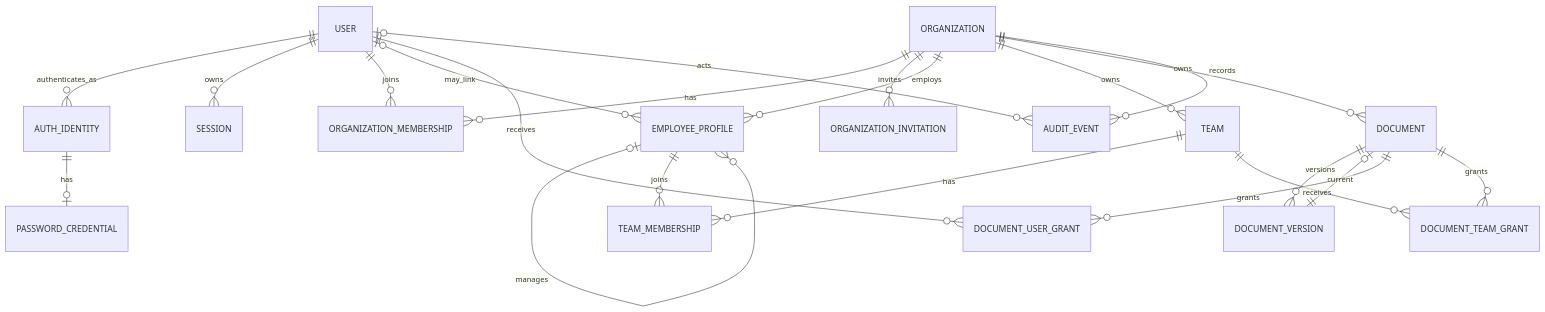
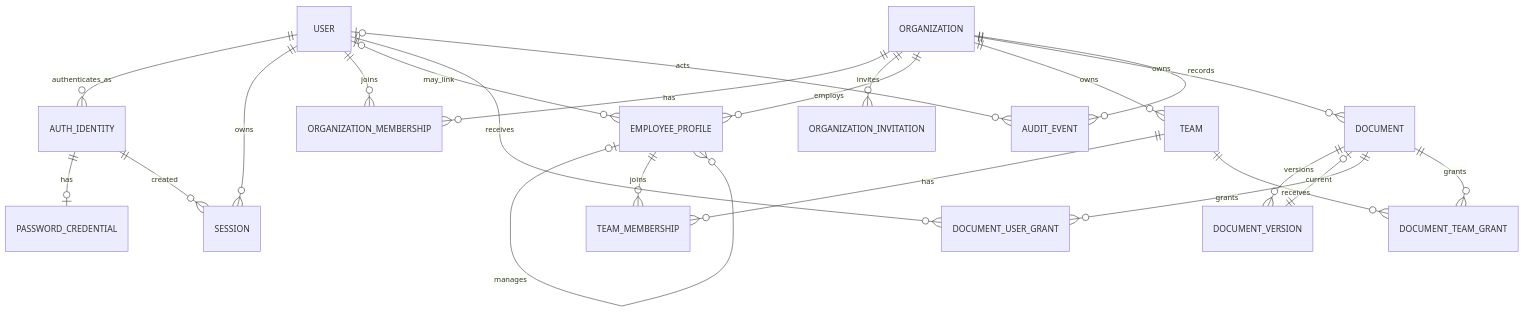
Before and after one commit to mad-futurist/readyset_platform: the diagram in docs/architecture/DATABASE.md, drawn with Mermaid. The commit also changed other lines of this file and 59 other files, not shown here.

Commit message:
fix: email auth, front typecheck, front tests, session

````diff
--- a/docs/architecture/DATABASE.md
+++ b/docs/architecture/DATABASE.md
@@ -13,24 +13,25 @@
 ```mermaid
 erDiagram
   USER ||--o{ AUTH_IDENTITY : authenticates_as
   AUTH_IDENTITY ||--o| PASSWORD_CREDENTIAL : has
   USER ||--o{ SESSION : owns
+  AUTH_IDENTITY ||--o{ SESSION : created
   USER ||--o{ ORGANIZATION_MEMBERSHIP : joins
   ORGANIZATION ||--o{ ORGANIZATION_MEMBERSHIP : has
   ORGANIZATION ||--o{ ORGANIZATION_INVITATION : invites
   ORGANIZATION ||--o{ EMPLOYEE_PROFILE : employs
   USER o|--o{ EMPLOYEE_PROFILE : may_link
   EMPLOYEE_PROFILE o|--o{ EMPLOYEE_PROFILE : manages
   ORGANIZATION ||--o{ TEAM : owns
   TEAM ||--o{ TEAM_MEMBERSHIP : has
   EMPLOYEE_PROFILE ||--o{ TEAM_MEMBERSHIP : joins
   ORGANIZATION ||--o{ DOCUMENT : owns
   DOCUMENT ||--o{ DOCUMENT_VERSION : versions
   DOCUMENT o|--|| DOCUMENT_VERSION : current
   DOCUMENT ||--o{ DOCUMENT_USER_GRANT : grants
   USER ||--o{ DOCUMENT_USER_GRANT : receives
   DOCUMENT ||--o{ DOCUMENT_TEAM_GRANT : grants
   TEAM ||--o{ DOCUMENT_TEAM_GRANT : receives
   ORGANIZATION ||--o{ AUDIT_EVENT : records
   USER o|--o{ AUDIT_EVENT : acts
 ```
````
